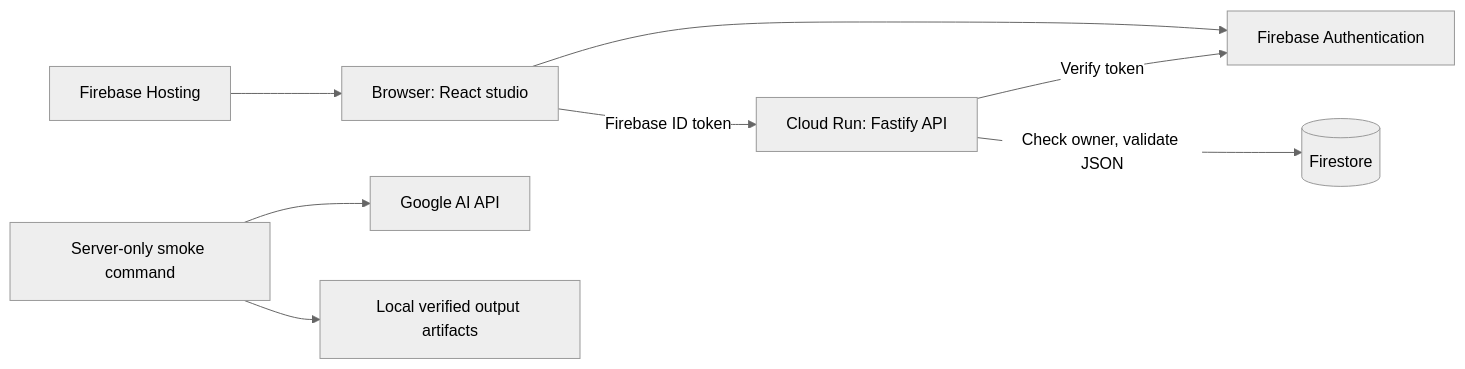
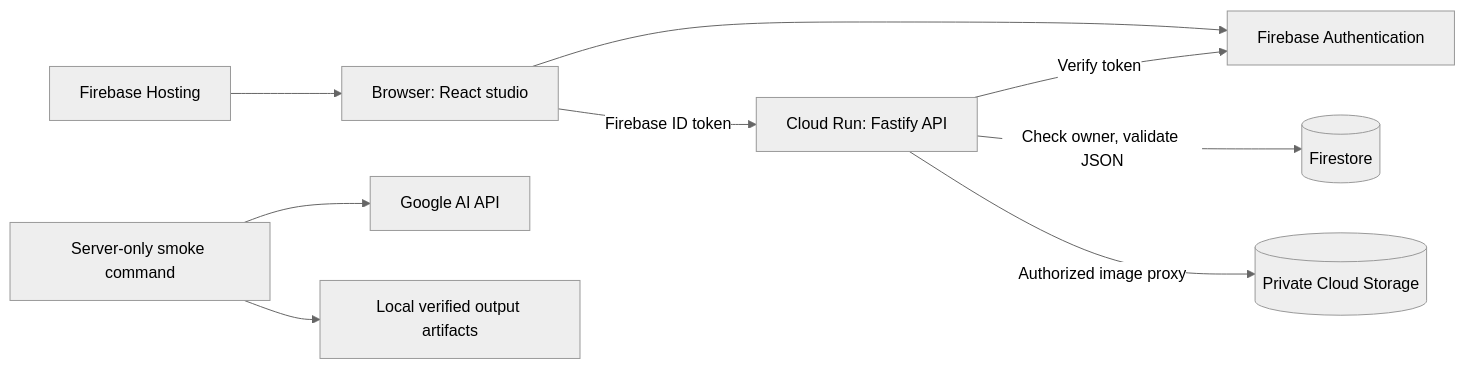
One commit to SMani0547/AniForge-AI changed the first of 2 diagrams in docs/architecture.md. Above: the diagram before and after it, drawn with Mermaid (neutral theme). The commit also changed other lines of this file and 52 other files, not shown here.

````diff
--- a/docs/architecture.md
+++ b/docs/architecture.md
@@ -15,10 +15,11 @@
 ```mermaid
 flowchart LR
   B[Browser: React studio] --> F[Firebase Authentication]
   B -->|Firebase ID token| A[Cloud Run: Fastify API]
   A -->|Verify token| F
   A -->|Check owner, validate JSON| D[(Firestore)]
+  A -->|Authorized image proxy| M[(Private Cloud Storage)]
   S[Server-only smoke command] --> G[Google AI API]
   S --> O[Local verified output artifacts]
   H[Firebase Hosting] --> B
 ```
````
